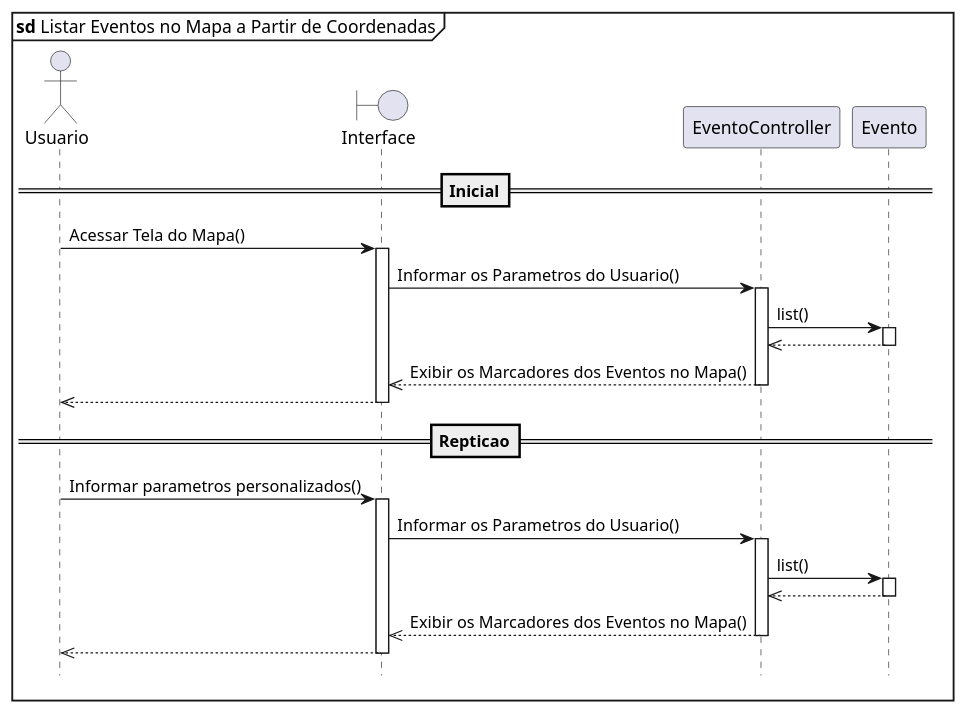
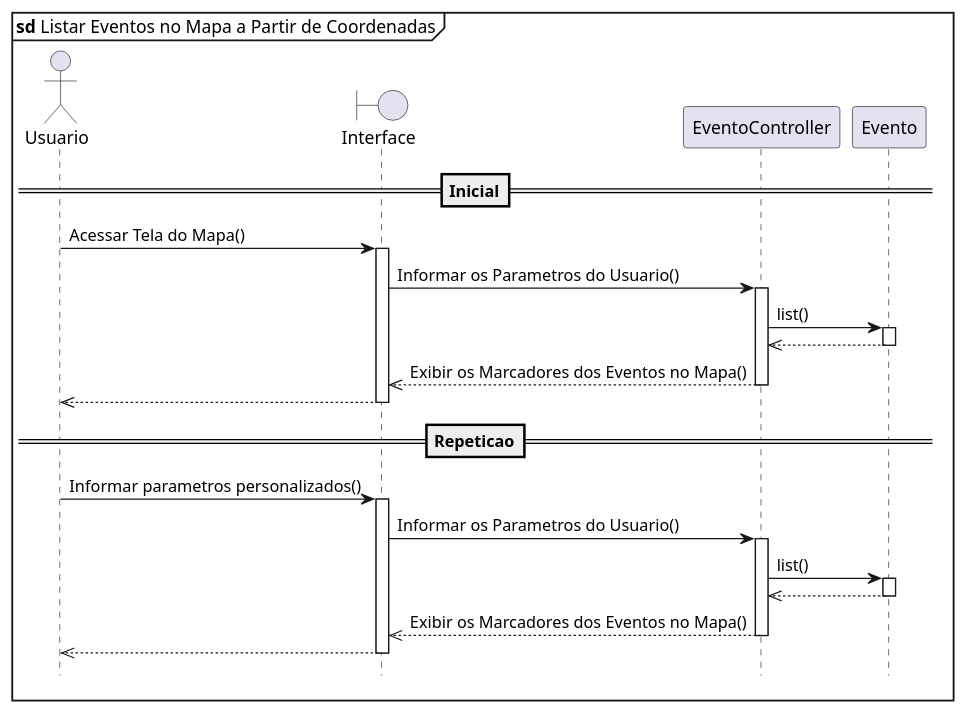
The diagram in UML/sd2.plantuml (joaolfern/kolala), drawn with PlantUML before and after one commit.

Commit message:
Update diagram

```diff
--- a/UML/sd2.plantuml
+++ b/UML/sd2.plantuml
@@ -1,25 +1,25 @@
 @startuml
 hide footbox
 mainframe **sd** Listar Eventos no Mapa a Partir de Coordenadas
 
 actor Usuario
 boundary Interface
 participant EventoController
 
 ==Inicial==
 Usuario -> Interface ++: Acessar Tela do Mapa()
 Interface -> EventoController ++: Informar os Parametros do Usuario()
 EventoController -> Evento ++: list()
 EventoController <<-- Evento --
 Interface <<-- EventoController -- : Exibir os Marcadores dos Eventos no Mapa()
 Usuario <<-- Interface --
 
-==Repticao==
+==Repeticao==
 Usuario -> Interface ++: Informar parametros personalizados()
 Interface -> EventoController ++: Informar os Parametros do Usuario()
 EventoController -> Evento ++: list()
 EventoController <<-- Evento --
 Interface <<-- EventoController -- : Exibir os Marcadores dos Eventos no Mapa()
 Usuario <<-- Interface --
 
 @enduml
```
